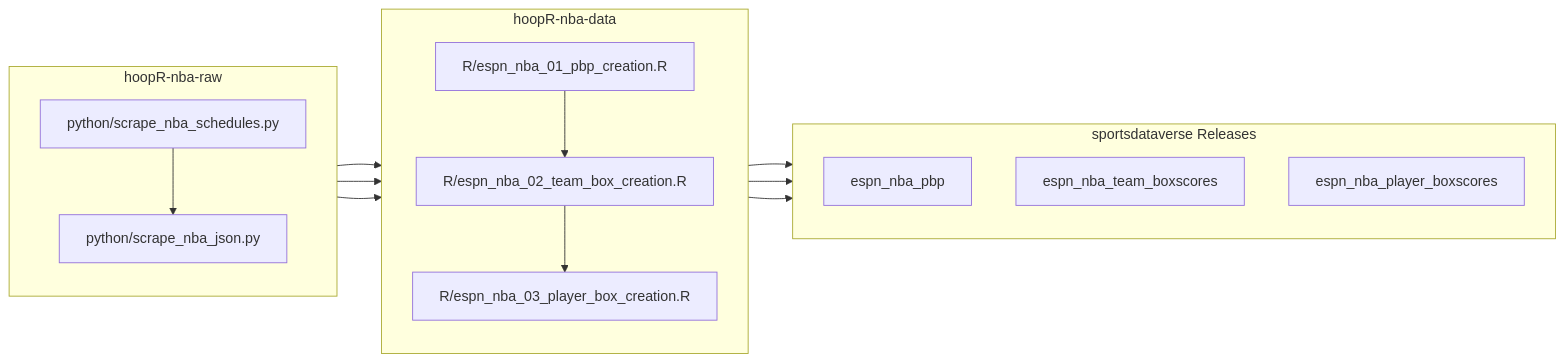
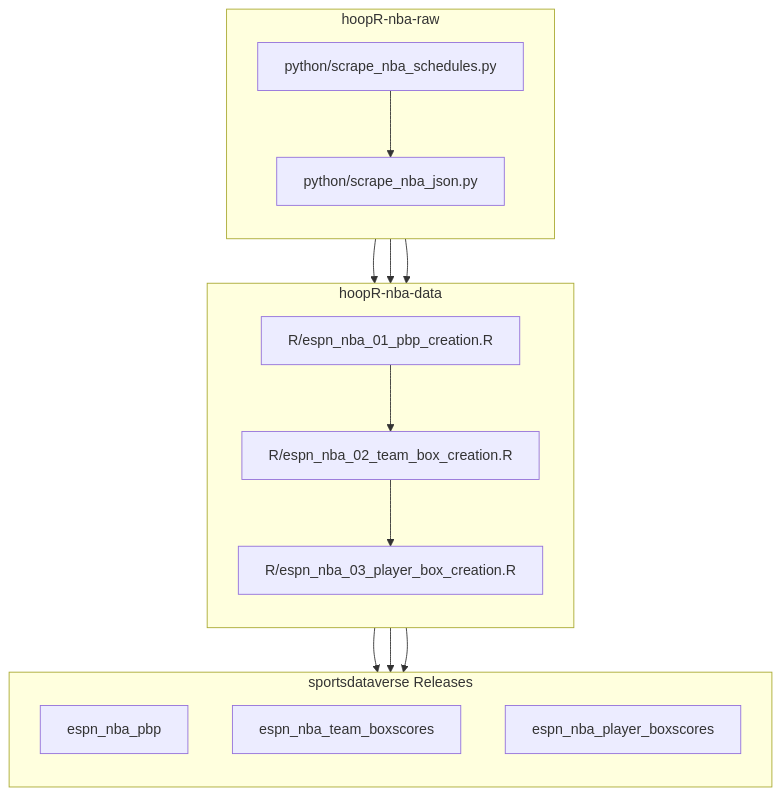
Before and after one commit to sportsdataverse/hoopR-nba-raw: the second of 2 diagrams in README.md, drawn with Mermaid.

Commit message:
second diagram

````diff
--- a/README.md
+++ b/README.md
@@ -12,30 +12,28 @@
 ```mermaid
-flowchart LR;
+flowchart TB;
     subgraph A[hoopR-nba-raw];
         direction TB;
         A1[python/scrape_nba_schedules.py]-->A2[python/scrape_nba_json.py];
     end;
 
-    direction LR;
     subgraph B[hoopR-nba-data];
         direction TB;
         B1[R/espn_nba_01_pbp_creation.R]-->B2[R/espn_nba_02_team_box_creation.R];
         B2[R/espn_nba_02_team_box_creation.R]-->B3[R/espn_nba_03_player_box_creation.R];
     end;
 
-    direction LR
     subgraph C[sportsdataverse Releases];
         direction TB;
         C1[espn_nba_pbp];
         C2[espn_nba_team_boxscores];
         C3[espn_nba_player_boxscores];
     end;
 
     A2[python/scrape_nba_json.py]-->B1[R/espn_nba_01_pbp_creation.R];
     A2[python/scrape_nba_json.py]-->B2[R/espn_nba_02_team_box_creation.R];
     A2[python/scrape_nba_json.py]-->B3[R/espn_nba_03_player_box_creation.R];
     B1[R/espn_nba_01_pbp_creation.R]-->C1[espn_nba_pbp];
     B2[R/espn_nba_02_team_box_creation.R]-->C2[espn_nba_team_boxscores];
     B3[R/espn_nba_03_player_box_creation.R]-->C3[espn_nba_player_boxscores];
 
 ```
````
